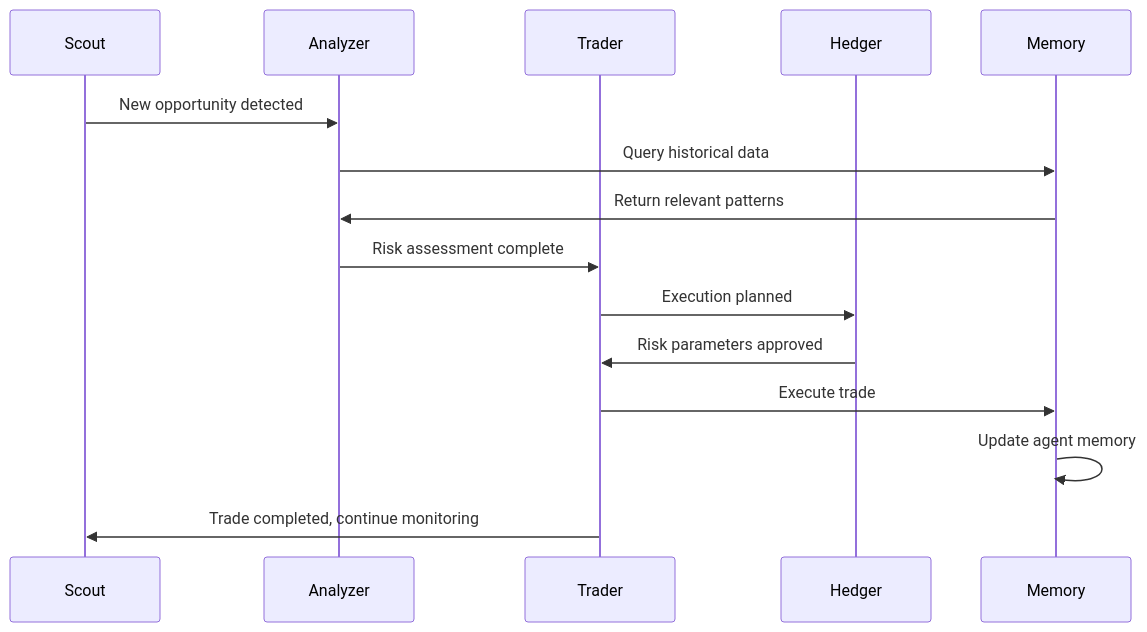
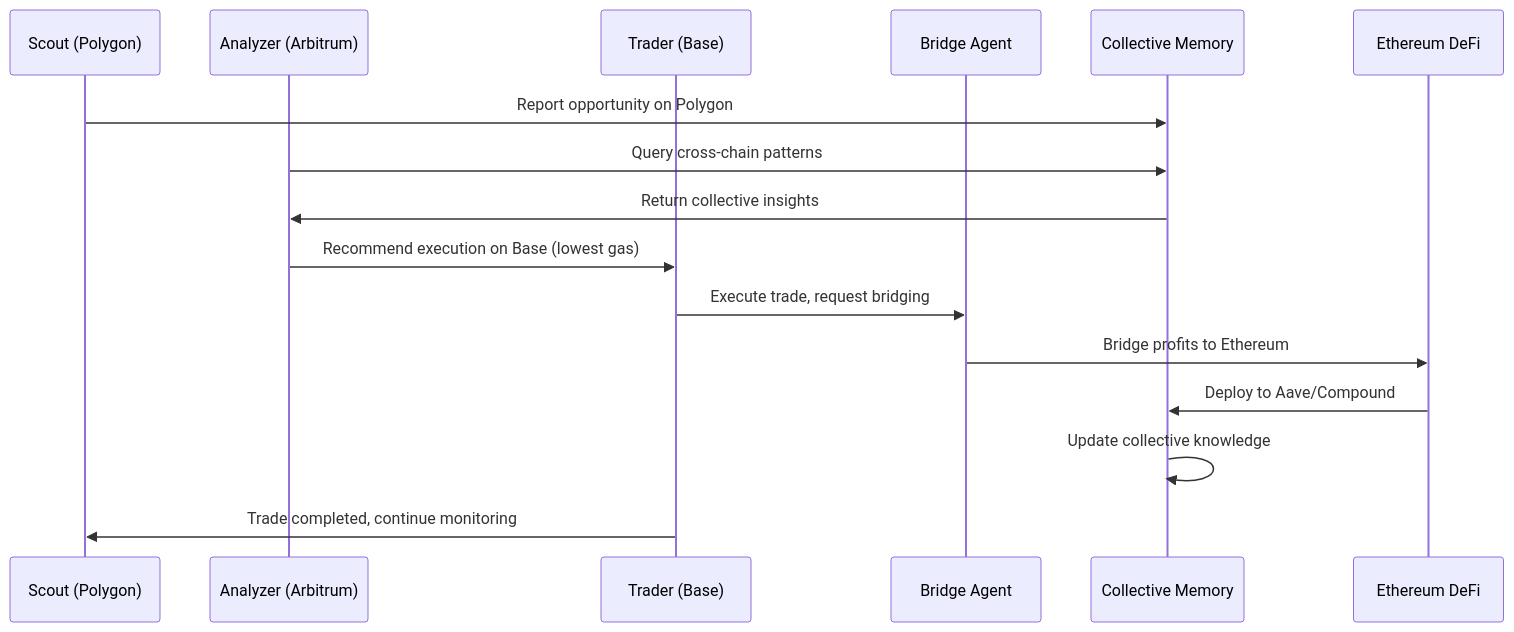
Before and after one commit to trenchsheikh/c0gni: the second of 3 diagrams in docs/architecture.mdx, drawn with Mermaid. The commit also changed other lines of this file and 4 other files, not shown here.

````diff
--- a/docs/architecture.mdx
+++ b/docs/architecture.mdx
@@ -258,18 +289,19 @@
 ```mermaid
 sequenceDiagram
-    participant S as Scout
-    participant A as Analyzer
-    participant T as Trader
-    participant H as Hedger
-    participant M as Memory
+    participant S as Scout (Polygon)
+    participant A as Analyzer (Arbitrum)
+    participant T as Trader (Base)
+    participant B as Bridge Agent
+    participant M as Collective Memory
+    participant E as Ethereum DeFi
     
-    S->>A: New opportunity detected
-    A->>M: Query historical data
-    M->>A: Return relevant patterns
-    A->>T: Risk assessment complete
-    T->>H: Execution planned
-    H->>T: Risk parameters approved
-    T->>M: Execute trade
-    M->>M: Update agent memory
+    S->>M: Report opportunity on Polygon
+    A->>M: Query cross-chain patterns
+    M->>A: Return collective insights
+    A->>T: Recommend execution on Base (lowest gas)
+    T->>B: Execute trade, request bridging
+    B->>E: Bridge profits to Ethereum
+    E->>M: Deploy to Aave/Compound
+    M->>M: Update collective knowledge
     T->>S: Trade completed, continue monitoring
 ```
````
